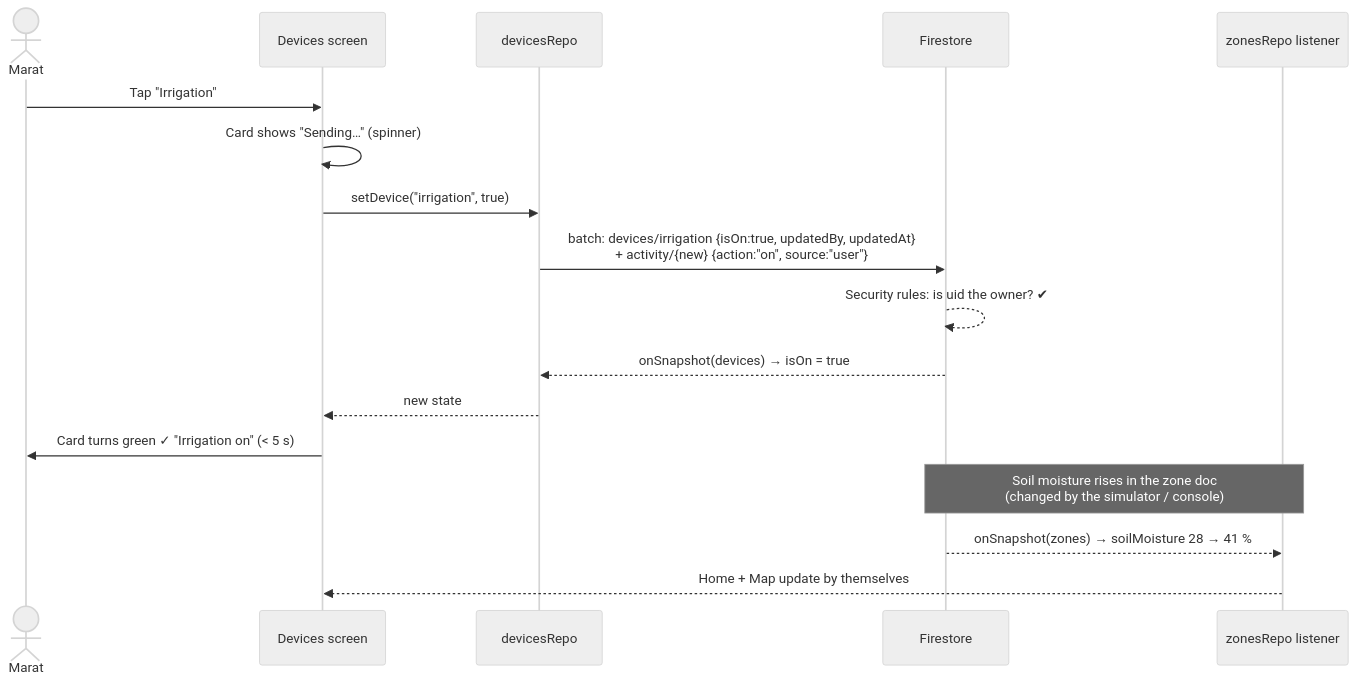
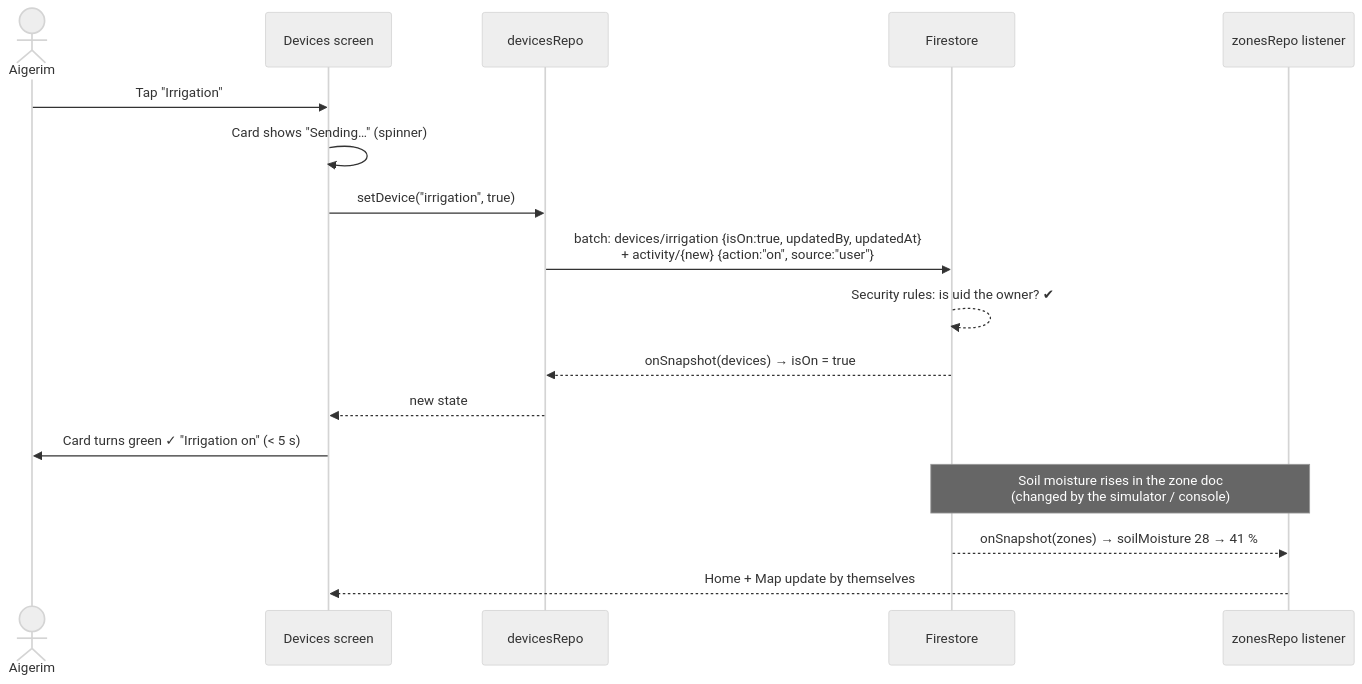
One commit to aikenamanbay/VERDA changed the diagram in docs/week2-architecture.md. Above: the diagram before and after it, drawn with Mermaid (neutral theme). The commit also changed 16 other files, not shown here.

````diff
--- a/docs/week2-architecture.md
+++ b/docs/week2-architecture.md
@@ -11,20 +11,20 @@
 ```mermaid
 sequenceDiagram
-  actor U as Marat
+  actor U as Aigerim
   participant UI as Devices screen
   participant DR as devicesRepo
   participant FS as Firestore
   participant ZR as zonesRepo listener
 
   U->>UI: Tap "Irrigation"
   UI->>UI: Card shows "Sending…" (spinner)
   UI->>DR: setDevice("irrigation", true)
   DR->>FS: batch: devices/irrigation {isOn:true, updatedBy, updatedAt}<br/>+ activity/{new} {action:"on", source:"user"}
   FS-->>FS: Security rules: is uid the owner? ✔
   FS-->>DR: onSnapshot(devices) → isOn = true
   DR-->>UI: new state
   UI->>U: Card turns green ✓ "Irrigation on" (< 5 s)
   Note over FS,ZR: Soil moisture rises in the zone doc<br/>(changed by the simulator / console)
   FS-->>ZR: onSnapshot(zones) → soilMoisture 28 → 41 %
   ZR-->>UI: Home + Map update by themselves
 ```
````
